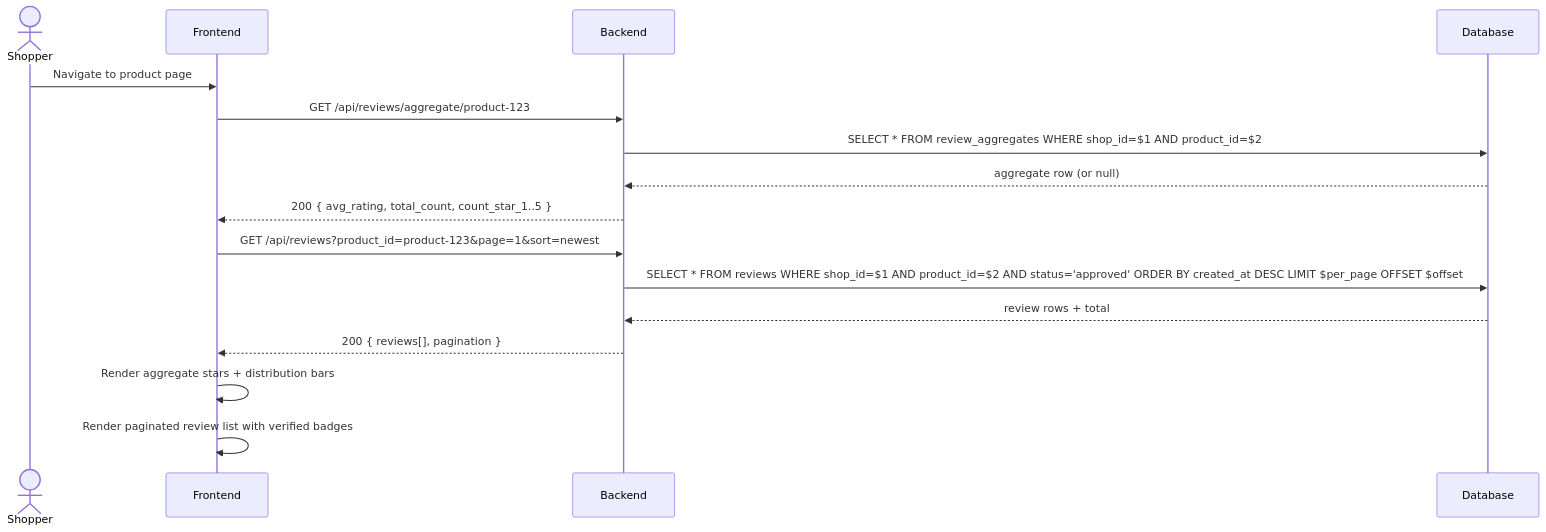
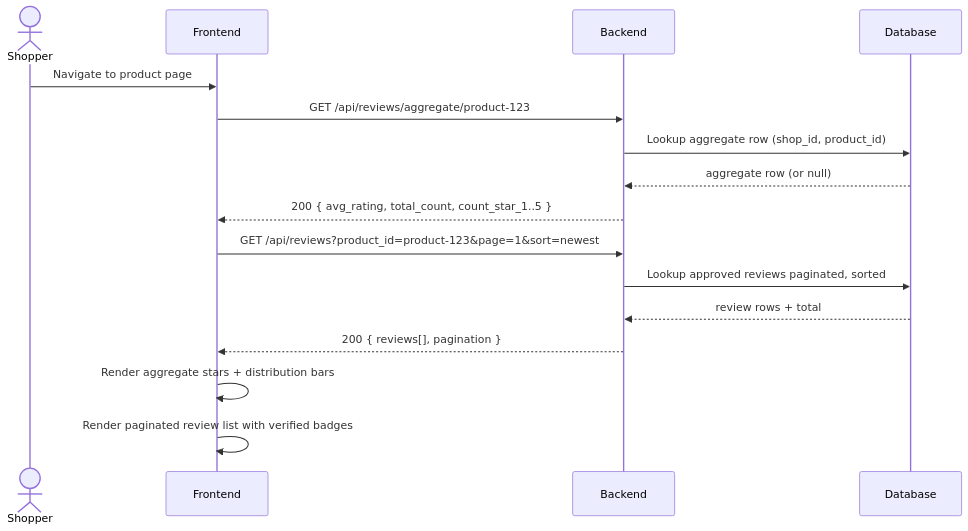
One commit to nguyenvanduocit/primitive-blocks-specs changed the fifth of 5 diagrams in ugc/product-reviews/README.md. Above: the diagram before and after it, drawn with Mermaid. The commit also changed other lines of this file and 28 other files, not shown here.

````diff
--- a/ugc/product-reviews/README.md
+++ b/ugc/product-reviews/README.md
@@ -285,21 +314,21 @@
 ```mermaid
 sequenceDiagram
     actor S as Shopper
     participant F as Frontend
     participant B as Backend
     participant DB as Database
 
     S->>F: Navigate to product page
     F->>B: GET /api/reviews/aggregate/product-123
-    B->>DB: SELECT * FROM review_aggregates WHERE shop_id=$1 AND product_id=$2
+    B->>DB: Lookup aggregate row (shop_id, product_id)
     DB-->>B: aggregate row (or null)
     B-->>F: 200 { avg_rating, total_count, count_star_1..5 }
 
     F->>B: GET /api/reviews?product_id=product-123&page=1&sort=newest
-    B->>DB: SELECT * FROM reviews WHERE shop_id=$1 AND product_id=$2 AND status='approved' ORDER BY created_at DESC LIMIT $per_page OFFSET $offset
+    B->>DB: Lookup approved reviews paginated, sorted
     DB-->>B: review rows + total
     B-->>F: 200 { reviews[], pagination }
 
     F->>F: Render aggregate stars + distribution bars
     F->>F: Render paginated review list with verified badges
 ```
````
